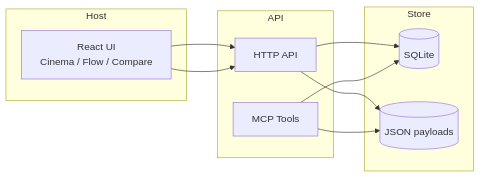
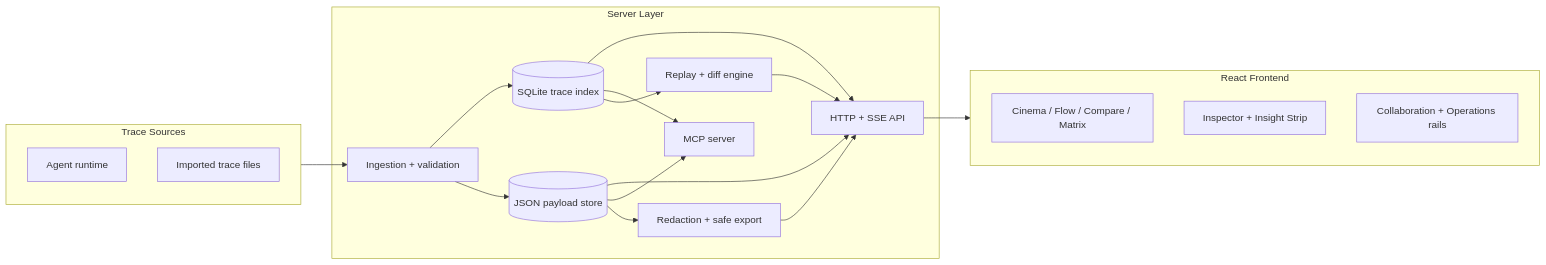
One commit to jlov7/agent-director changed the first of 6 diagrams in docs/architecture.md. Above: the diagram before and after it, drawn with Mermaid. The commit also changed other lines of this file and 12 other files, not shown here.

````diff
--- a/docs/architecture.md
+++ b/docs/architecture.md
@@ -5,19 +9,34 @@
 ```mermaid
 flowchart LR
-  subgraph Host
-    UI[React UI\nCinema / Flow / Compare]
-  end
-  subgraph API
-    HTTP[HTTP API]
-    MCP[MCP Tools]
-  end
-  subgraph Store
-    DB[(SQLite)]
-    FS[(JSON payloads)]
+  subgraph Source["Trace Sources"]
+    S1["Agent runtime"]
+    S2["Imported trace files"]
   end
 
-  UI --> HTTP --> DB
-  UI --> HTTP --> FS
-  MCP --> DB
-  MCP --> FS
+  subgraph Server["Server Layer"]
+    I["Ingestion + validation"]
+    DB[("SQLite trace index")]
+    FS[("JSON payload store")]
+    API["HTTP + SSE API"]
+    MCP["MCP server"]
+    R["Replay + diff engine"]
+    SAFE["Redaction + safe export"]
+  end
+
+  subgraph UI["React Frontend"]
+    U1["Cinema / Flow / Compare / Matrix"]
+    U2["Inspector + Insight Strip"]
+    U3["Collaboration + Operations rails"]
+  end
+
+  Source --> I
+  I --> DB
+  I --> FS
+  DB --> API
+  FS --> API
+  DB --> MCP
+  FS --> MCP
+  DB --> R --> API
+  FS --> SAFE --> API
+  API --> UI
 ```
````
